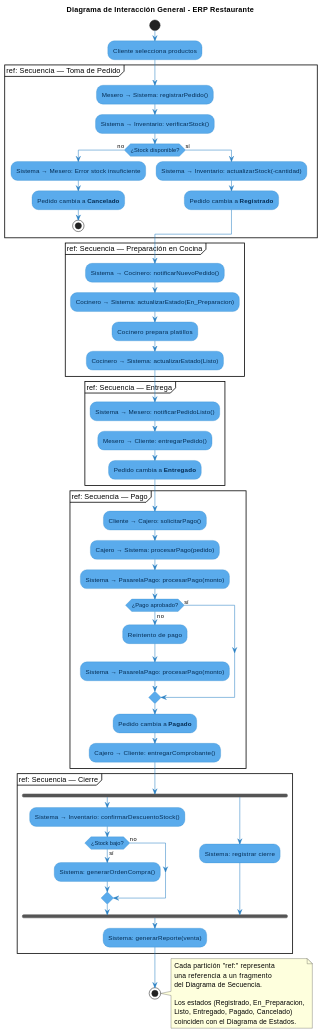
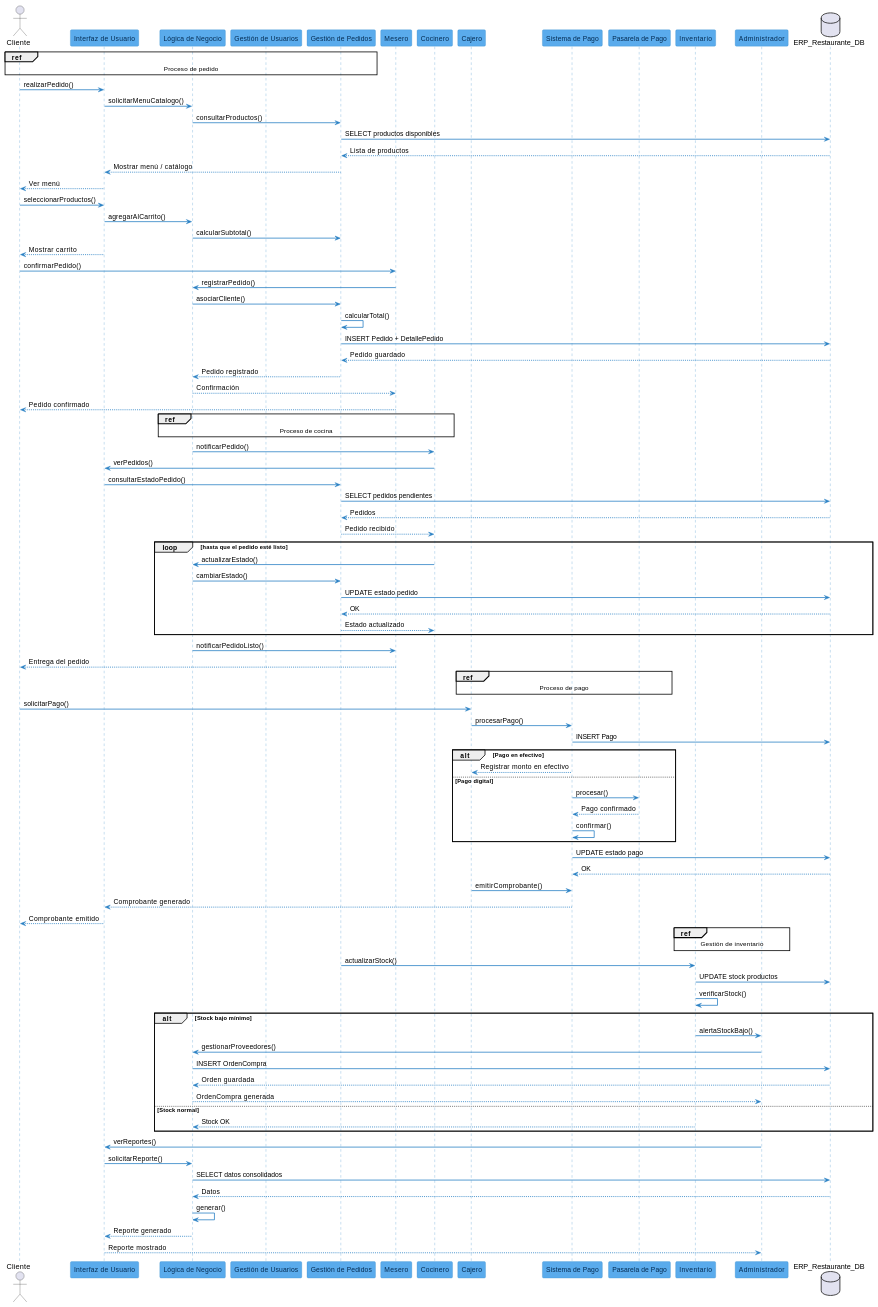
The diagram in arquitectura/diagrama_interaccion_general.md (palominodev/food_tech), drawn with PlantUML before and after one commit. The commit also changed 2 other files, not shown here.

Commit message:
docs: update architectural diagrams to reflect expanded order lifecycle and flow refinements

```diff
--- a/arquitectura/diagrama_interaccion_general.md
+++ b/arquitectura/diagrama_interaccion_general.md
@@ -1,88 +1,138 @@
 @startuml
-skinparam ActivityBackgroundColor #5AABEC
-skinparam ActivityBorderColor #2980C4
-skinparam ActivityFontColor #042C53
-skinparam ArrowColor #2980C4
+skinparam sequenceArrowThickness 1.5
+skinparam sequenceArrowColor #2980C4
+skinparam sequenceLifeLineBorderColor #2980C4
+skinparam sequenceParticipantBackgroundColor #5AABEC
+skinparam sequenceParticipantBorderColor #2980C4
+skinparam sequenceParticipantFontColor #042C53
+skinparam sequenceParticipantFontSize 13
+skinparam sequenceBoxBackgroundColor #E6F1FB
+skinparam sequenceBoxBorderColor #2980C4
 skinparam shadowing false
 
-title Diagrama de Interacción General - ERP Restaurante
+actor Cliente
+participant "Interfaz de Usuario" as UI
+participant "Lógica de Negocio" as Logica
+participant "Gestión de Usuarios" as GUsuarios
+participant "Gestión de Pedidos" as GPedidos
+participant Mesero
+participant Cocinero
+participant Cajero
+participant "Sistema de Pago" as GPagos
+participant "Pasarela de Pago" as Pasarela
+participant "Inventario" as GInventario
+participant Administrador
+database "ERP_Restaurante_DB" as BD
 
-start
+' ─────────────────────────────────────
+' 1. PEDIDO
+' ─────────────────────────────────────
+ref over Cliente, GPedidos
+  Proceso de pedido
+end ref
 
-:Cliente selecciona productos;
+Cliente -> UI : realizarPedido()
+UI -> Logica : solicitarMenuCatalogo()
+Logica -> GPedidos : consultarProductos()
+GPedidos -> BD : SELECT productos disponibles
+BD --> GPedidos : Lista de productos
+GPedidos --> UI : Mostrar menú / catálogo
+UI --> Cliente : Ver menú
 
-' --- ref: Diagrama de Secuencia "Toma de Pedido" ---
-partition "ref: Secuencia — Toma de Pedido" {
-  :Mesero → Sistema: registrarPedido();
-  :Sistema → Inventario: verificarStock();
+Cliente -> UI : seleccionarProductos()
+UI -> Logica : agregarAlCarrito()
+Logica -> GPedidos : calcularSubtotal()
+UI --> Cliente : Mostrar carrito
 
-  if (¿Stock disponible?) then (no)
-    :Sistema → Mesero: Error stock insuficiente;
-    :Pedido cambia a **Cancelado**;
-    stop
-  else (sí)
-    :Sistema → Inventario: actualizarStock(-cantidad);
-    :Pedido cambia a **Registrado**;
-  endif
-}
+Cliente -> Mesero : confirmarPedido()
+Mesero -> Logica : registrarPedido()
+Logica -> GPedidos : asociarCliente()
+GPedidos -> GPedidos : calcularTotal()
+GPedidos -> BD : INSERT Pedido + DetallePedido
+BD --> GPedidos : Pedido guardado
+GPedidos --> Logica : Pedido registrado
+Logica --> Mesero : Confirmación
+Mesero --> Cliente : Pedido confirmado
 
-' --- ref: Diagrama de Secuencia "Preparación" ---
-partition "ref: Secuencia — Preparación en Cocina" {
-  :Sistema → Cocinero: notificarNuevoPedido();
-  :Cocinero → Sistema: actualizarEstado(En_Preparacion);
-  :Cocinero prepara platillos;
-  :Cocinero → Sistema: actualizarEstado(Listo);
-}
+' ─────────────────────────────────────
+' 3. COCINA
+' ─────────────────────────────────────
+ref over Logica, Cocinero
+  Proceso de cocina
+end ref
 
-' --- ref: Diagrama de Secuencia "Entrega" ---
-partition "ref: Secuencia — Entrega" {
-  :Sistema → Mesero: notificarPedidoListo();
-  :Mesero → Cliente: entregarPedido();
-  :Pedido cambia a **Entregado**;
-}
+Logica -> Cocinero : notificarPedido()
+Cocinero -> UI : verPedidos()
+UI -> GPedidos : consultarEstadoPedido()
+GPedidos -> BD : SELECT pedidos pendientes
+BD --> GPedidos : Pedidos
+GPedidos --> Cocinero : Pedido recibido
 
-' --- ref: Diagrama de Secuencia "Pago" ---
-partition "ref: Secuencia — Pago" {
-  :Cliente → Cajero: solicitarPago();
-  :Cajero → Sistema: procesarPago(pedido);
-  :Sistema → PasarelaPago: procesarPago(monto);
+loop hasta que el pedido esté listo
+  Cocinero -> Logica : actualizarEstado()
+  Logica -> GPedidos : cambiarEstado()
+  GPedidos -> BD : UPDATE estado pedido
+  BD --> GPedidos : OK
+  GPedidos --> Cocinero : Estado actualizado
+end
 
-  if (¿Pago aprobado?) then (no)
-    :Reintento de pago;
-    :Sistema → PasarelaPago: procesarPago(monto);
-  else (sí)
-  endif
+Logica -> Mesero : notificarPedidoListo()
+Mesero --> Cliente : Entrega del pedido
 
-  :Pedido cambia a **Pagado**;
-  :Cajero → Cliente: entregarComprobante();
-}
+' ─────────────────────────────────────
+' 4. PAGO
+' ─────────────────────────────────────
+ref over Cajero, Pasarela
+  Proceso de pago
+end ref
 
-' --- ref: Diagrama de Secuencia "Cierre" ---
-partition "ref: Secuencia — Cierre" {
-  fork
-    :Sistema → Inventario: confirmarDescuentoStock();
+Cliente -> Cajero : solicitarPago()
+Cajero -> GPagos : procesarPago()
+GPagos -> BD : INSERT Pago
 
-    if (¿Stock bajo?) then (sí)
-      :Sistema: generarOrdenCompra();
-    else (no)
-    endif
-  fork again
-    :Sistema: registrar cierre;
-  end fork
+alt Pago en efectivo
+  GPagos --> Cajero : Registrar monto en efectivo
+else Pago digital
+  GPagos -> Pasarela : procesar()
+  Pasarela --> GPagos : Pago confirmado
+  GPagos -> GPagos : confirmar()
+end
 
-  :Sistema: generarReporte(venta);
-}
+GPagos -> BD : UPDATE estado pago
+BD --> GPagos : OK
+Cajero -> GPagos : emitirComprobante()
+GPagos --> UI : Comprobante generado
+UI --> Cliente : Comprobante emitido
 
-stop
+' ─────────────────────────────────────
+' 5. INVENTARIO
+' ─────────────────────────────────────
+ref over GInventario, Administrador
+  Gestión de inventario
+end ref
 
-note right
-  Cada partición "ref:" representa
-  una referencia a un fragmento
-  del Diagrama de Secuencia.
-  
-  Los estados (Registrado, En_Preparacion,
-  Listo, Entregado, Pagado, Cancelado)
-  coinciden con el Diagrama de Estados.
-end note
+GPedidos -> GInventario : actualizarStock()
+GInventario -> BD : UPDATE stock productos
+GInventario -> GInventario : verificarStock()
 
+alt Stock bajo mínimo
+  GInventario -> Administrador : alertaStockBajo()
+  Administrador -> Logica : gestionarProveedores()
+  Logica -> BD : INSERT OrdenCompra
+  BD --> Logica : Orden guardada
+  Logica --> Administrador : OrdenCompra generada
+else Stock normal
+  GInventario --> Logica : Stock OK
+end
+
+' ─────────────────────────────────────
+' 6. REPORTES
+' ─────────────────────────────────────
+Administrador -> UI : verReportes()
+UI -> Logica : solicitarReporte()
+Logica -> BD : SELECT datos consolidados
+BD --> Logica : Datos
+Logica -> Logica : generar()
+Logica --> UI : Reporte generado
+UI --> Administrador : Reporte mostrado
 @enduml
```
